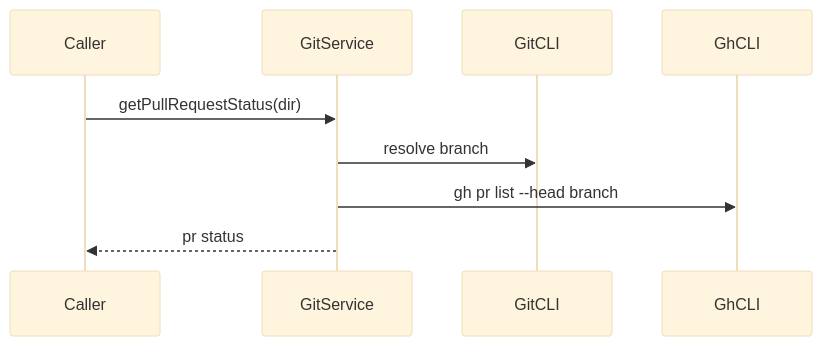
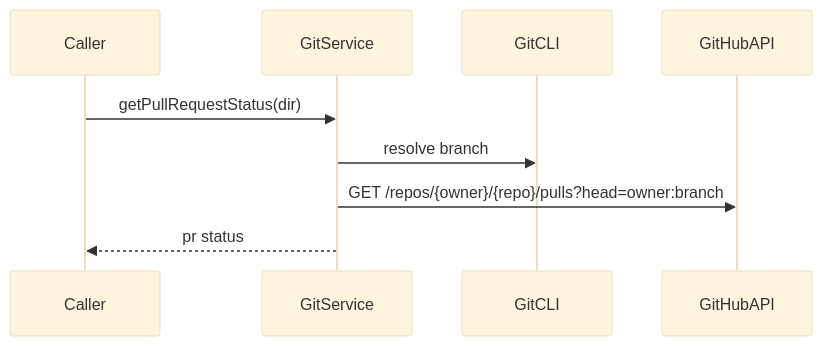
Before and after one commit to TurtleStoffel/tektite-console: the sixth of 14 diagrams in src/backend/domains/git/README.md, drawn with Mermaid (base theme). The commit also changed other lines of this file and 3 other files, not shown here.

Commit message:
Github API instead of Github CLI

````diff
--- a/src/backend/domains/git/README.md
+++ b/src/backend/domains/git/README.md
@@ -64,11 +64,11 @@
 ```mermaid
 sequenceDiagram
     participant Caller
     participant GitService
     participant GitCLI
-    participant GhCLI
+    participant GitHubAPI
     Caller->>GitService: getPullRequestStatus(dir)
     GitService->>GitCLI: resolve branch
-    GitService->>GhCLI: gh pr list --head branch
+    GitService->>GitHubAPI: GET /repos/{owner}/{repo}/pulls?head=owner:branch
     GitService-->>Caller: pr status
 ```
````
